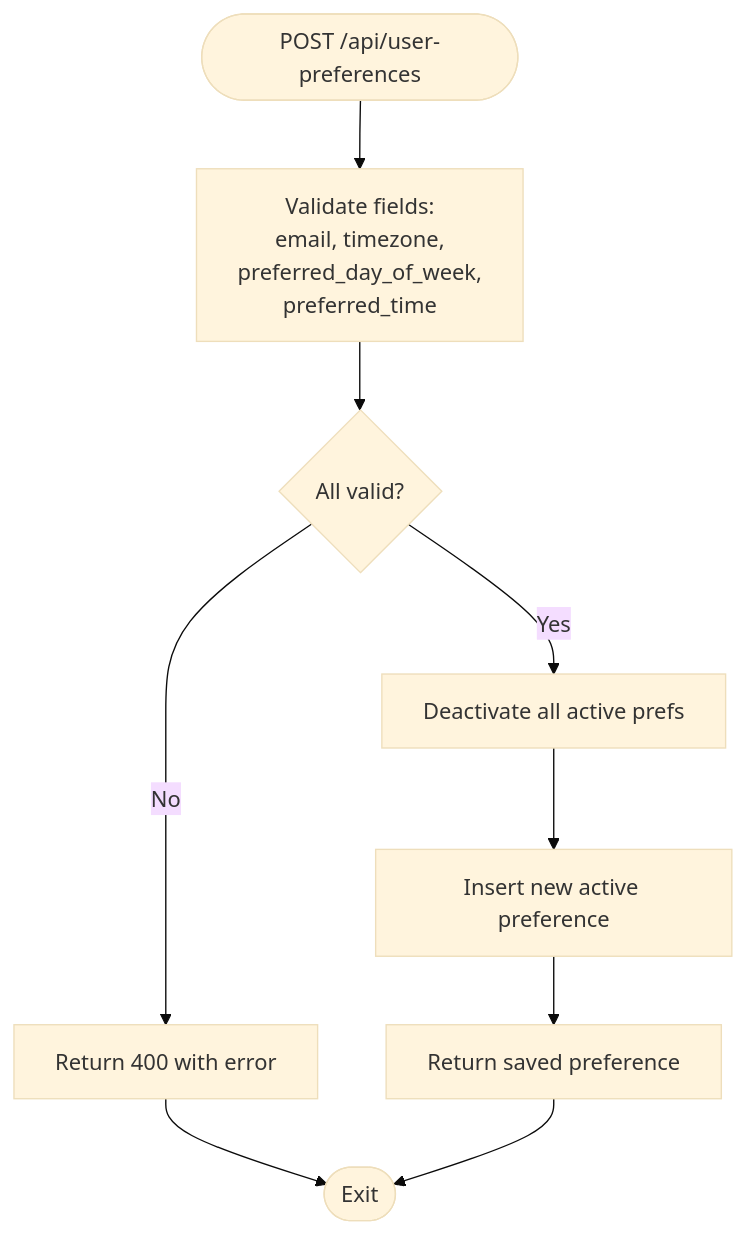
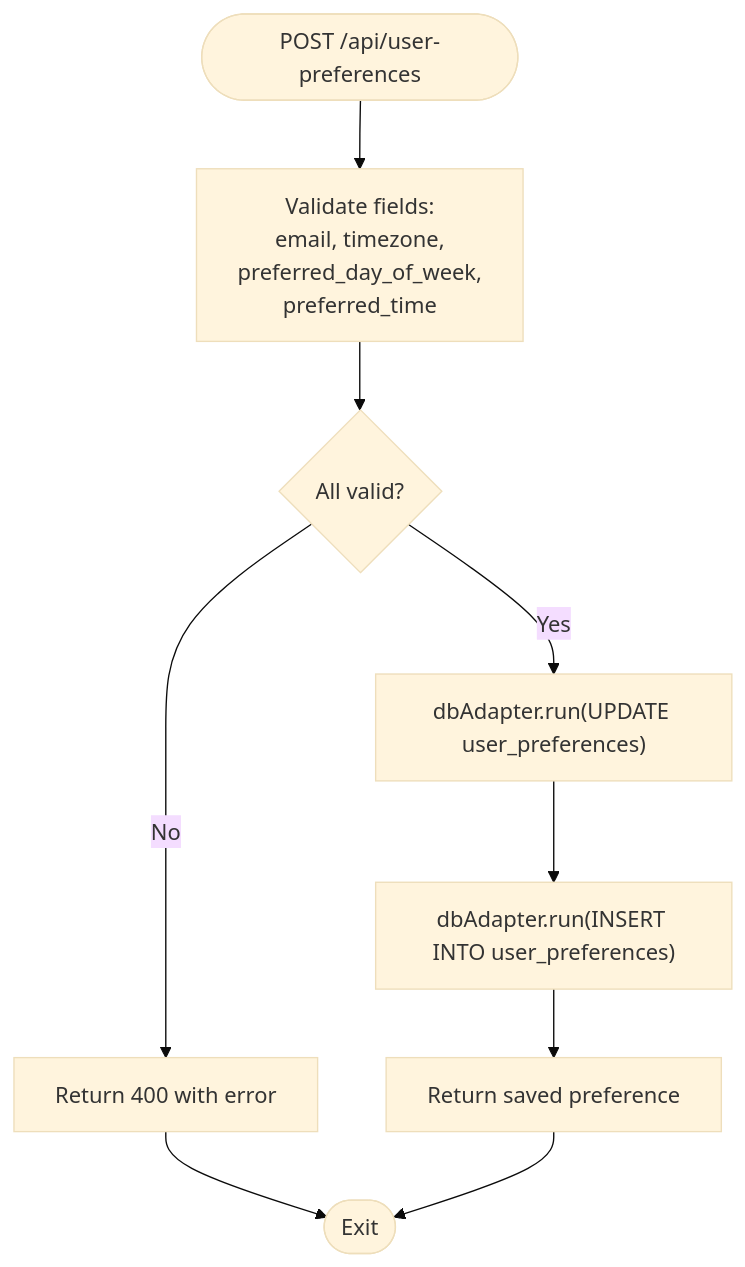
One commit to aravinthraj-ramalingam/Groww-App-Review-Insights-Analyzer- changed the fourth of 8 diagrams in .qoder/repowiki/en/content/Phase 2_ Advanced Analytics & Automation/User Preferences Management.md. Above: the diagram before and after it, drawn with Mermaid (base theme). The commit also changed other lines of this file and 10 other files, not shown here.

````diff
--- a/.qoder/repowiki/en/content/Phase 2_ Advanced Analytics & Automation/User Preferences Management.md
+++ b/.qoder/repowiki/en/content/Phase 2_ Advanced Analytics & Automation/User Preferences Management.md
@@ -199,11 +264,11 @@
 ```mermaid
 flowchart TD
 Start(["POST /api/user-preferences"]) --> Validate["Validate fields:<br/>email, timezone,<br/>preferred_day_of_week,<br/>preferred_time"]
 Validate --> Valid{"All valid?"}
 Valid --> |No| Err["Return 400 with error"]
-Valid --> |Yes| Deact["Deactivate all active prefs"]
-Deact --> Insert["Insert new active preference"]
+Valid --> |Yes| Deact["dbAdapter.run(UPDATE user_preferences)"]
+Deact --> Insert["dbAdapter.run(INSERT INTO user_preferences)"]
 Insert --> Save["Return saved preference"]
 Err --> End(["Exit"])
 Save --> End
 ```
````
